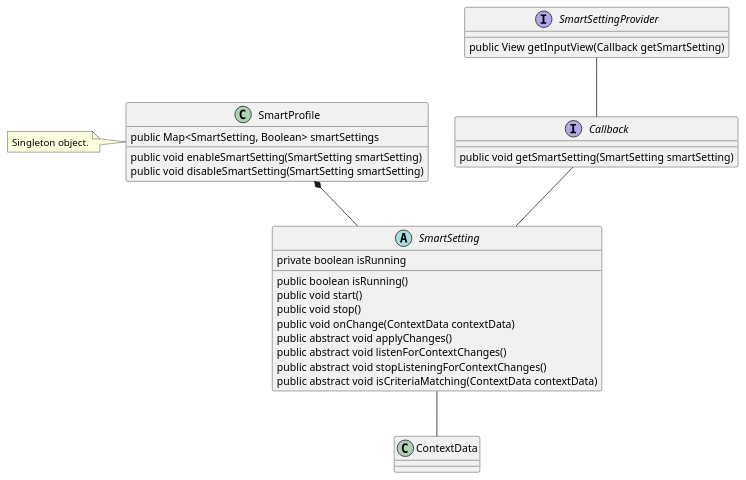
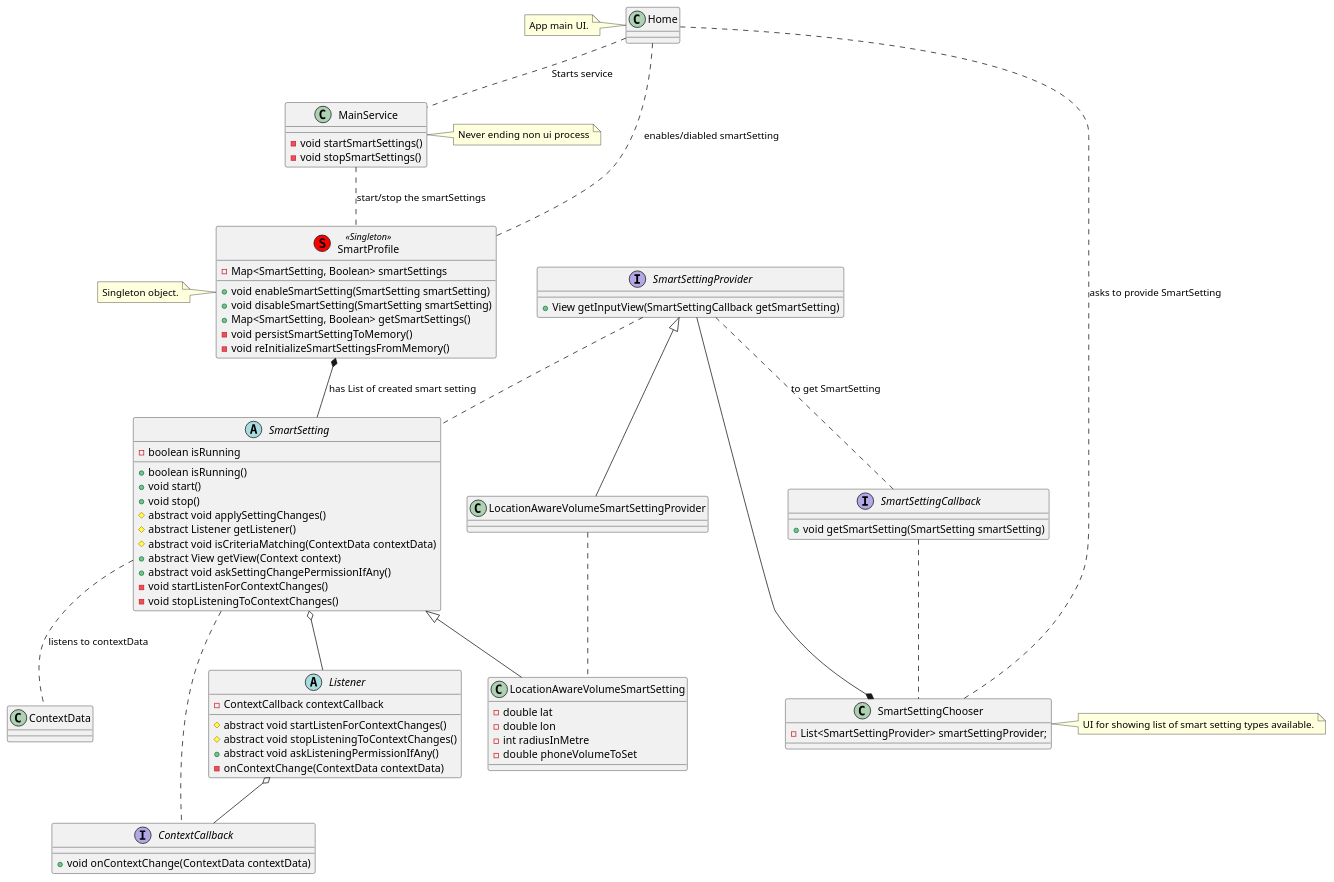
The diagram in MDD/class_diagram.puml (praslnx8/SmartSettings), drawn with PlantUML before and after one commit. The commit also changed 1 other file, not shown here.

Commit message:
Updated class diagram

```diff
--- a/MDD/class_diagram.puml
+++ b/MDD/class_diagram.puml
@@ -1,45 +1,123 @@
 @startuml
 
 class ContextData {
 
 }
 
 abstract class SmartSetting {
-    private boolean isRunning
-    public boolean isRunning()
-    public void start()
-    public void stop()
-    public void onChange(ContextData contextData)
-    public abstract void applyChanges()
-    public abstract void listenForContextChanges()
-    public abstract void stopListeningForContextChanges()
-    public abstract void isCriteriaMatching(ContextData contextData)
+    - boolean isRunning
+    + boolean isRunning()
+    + void start()
+    + void stop()
+    # abstract void applySettingChanges()
+    # abstract Listener getListener()
+    # abstract void isCriteriaMatching(ContextData contextData)
+    + abstract View getView(Context context)
+    + abstract void askSettingChangePermissionIfAny()
+    - void startListenForContextChanges()
+    - void stopListeningToContextChanges()
 }
 
-SmartSetting -- ContextData
+interface ContextCallback {
+    + void onContextChange(ContextData contextData)
+}
+
+abstract class Listener {
+    - ContextCallback contextCallback
+    # abstract void startListenForContextChanges()
+    # abstract void stopListeningToContextChanges()
+    + abstract void askListeningPermissionIfAny()
+    - onContextChange(ContextData contextData)
+}
+
+Listener o-- ContextCallback
+
+SmartSetting .. ContextCallback
+
+SmartSetting o-- Listener
+
+SmartSetting .. ContextData : listens to contextData
 
 interface SmartSettingProvider {
-    public View getInputView(Callback getSmartSetting)
+    + View getInputView(SmartSettingCallback getSmartSetting)
 }
 
-interface Callback {
-    public void getSmartSetting(SmartSetting smartSetting)
+interface SmartSettingCallback {
+    + void getSmartSetting(SmartSetting smartSetting)
 }
 
-Callback -- SmartSetting
 
-SmartSettingProvider -- Callback
+SmartSettingProvider .. SmartSettingCallback : to get SmartSetting
 
-class SmartProfile {
-    public Map<SmartSetting, Boolean> smartSettings
-    public void enableSmartSetting(SmartSetting smartSetting)
-    public void disableSmartSetting(SmartSetting smartSetting)
+SmartSettingCallback .. SmartSettingChooser
+
+SmartSettingProvider .. SmartSetting
+
+class SmartProfile <<(S,red) Singleton>> {
+    - Map<SmartSetting, Boolean> smartSettings
+    + void enableSmartSetting(SmartSetting smartSetting)
+    + void disableSmartSetting(SmartSetting smartSetting)
+    + Map<SmartSetting, Boolean> getSmartSettings()
+    - void persistSmartSettingToMemory()
+    - void reInitializeSmartSettingsFromMemory()
 }
 
 note left of SmartProfile
 Singleton object.
 end note
 
-SmartProfile *-- SmartSetting
+SmartProfile *-- SmartSetting : has List of created smart setting
+
+class SmartSettingChooser {
+    - List<SmartSettingProvider> smartSettingProvider;
+}
+
+note right of SmartSettingChooser
+UI for showing list of smart setting types available.
+end note
+
+SmartSettingChooser *-- SmartSettingProvider
+
+
+class Home {
+
+}
+
+note left of Home {
+    App main UI.
+}
+
+Home .. SmartProfile : enables/diabled smartSetting
+Home .. SmartSettingChooser : asks to provide SmartSetting
+
+class MainService {
+    - void startSmartSettings()
+    - void stopSmartSettings()
+}
+
+note left of MainService
+Never ending non ui process
+end note
+
+MainService .. SmartProfile : start/stop the smartSettings
+
+Home .. MainService : Starts service
+
+
+class LocationAwareVolumeSmartSetting {
+    - double lat
+    - double lon
+    - int radiusInMetre
+    - double phoneVolumeToSet
+}
+
+SmartSetting <|-- LocationAwareVolumeSmartSetting
+
+class LocationAwareVolumeSmartSettingProvider {
+}
+
+SmartSettingProvider <|-- LocationAwareVolumeSmartSettingProvider
+
+LocationAwareVolumeSmartSettingProvider .. LocationAwareVolumeSmartSetting
 
 @enduml
```
